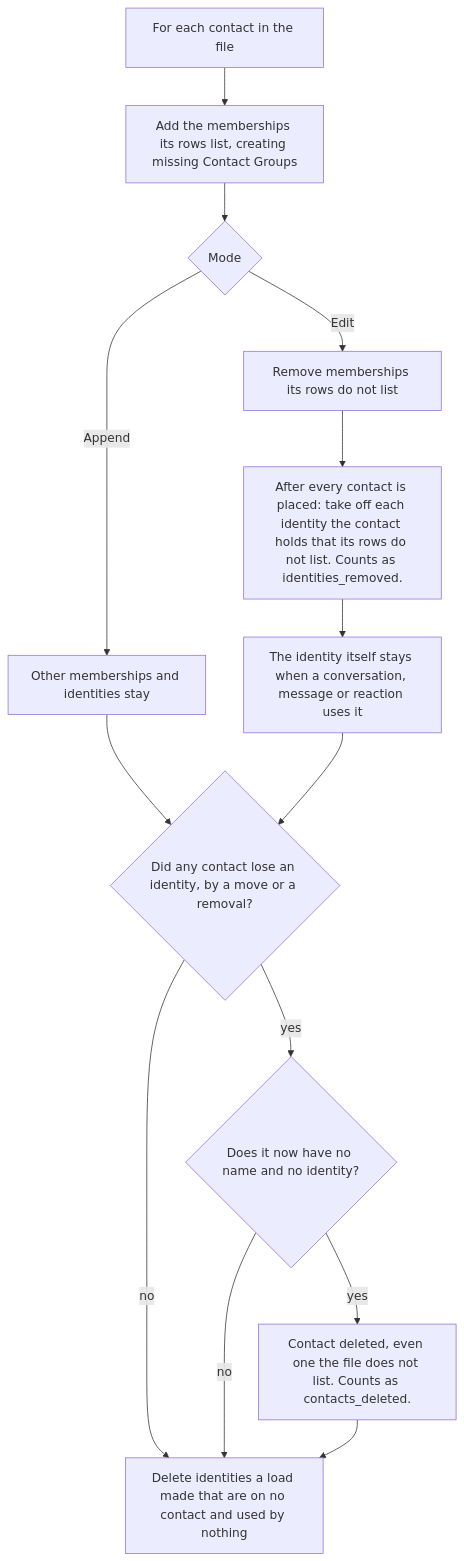
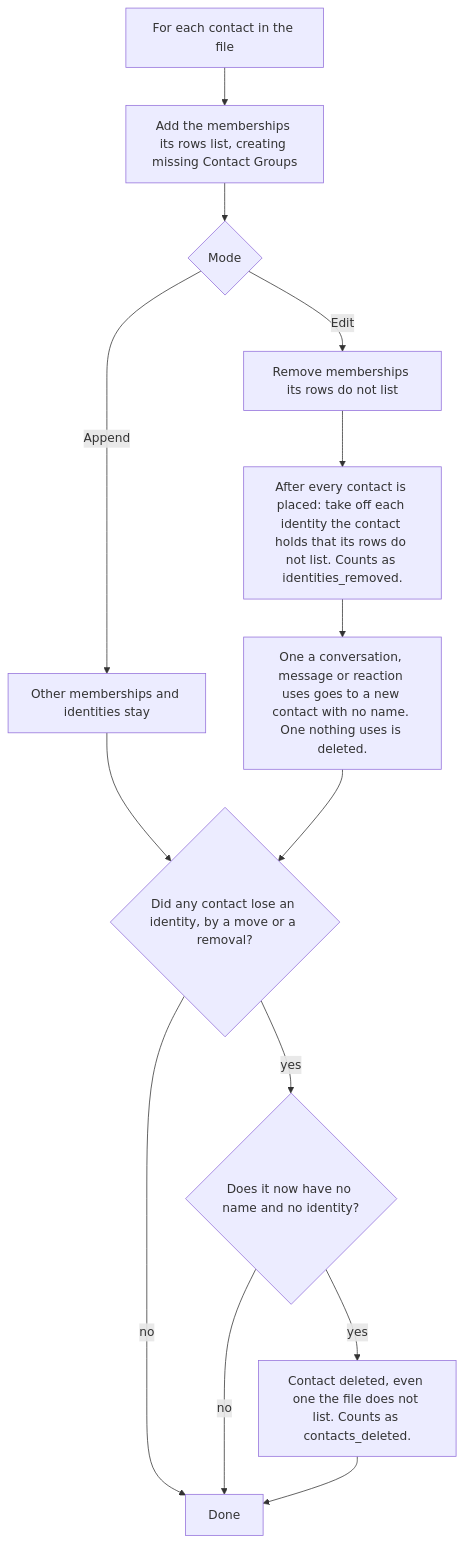
Before and after one commit to bitrealm-io/message-vault: the eighth of 8 diagrams in docs/architecture/how-contacts-are-made-and-changed.md, drawn with Mermaid. The commit also changed other lines of this file and 33 other files, not shown here.

````diff
--- a/docs/architecture/how-contacts-are-made-and-changed.md
+++ b/docs/architecture/how-contacts-are-made-and-changed.md
@@ -287,16 +306,16 @@
 ```mermaid
 flowchart TD
   A["For each contact in the file"] --> B["Add the memberships its rows list, creating missing Contact Groups"]
   B --> M{"Mode"}
   M -- Append --> Z["Other memberships and identities stay"]
   M -- Edit --> C["Remove memberships its rows do not list"]
   C --> D["After every contact is placed: take off each identity the contact holds that its rows do not list. Counts as identities_removed."]
-  D --> D1["The identity itself stays when a conversation, message or reaction uses it"]
+  D --> D1["One a conversation, message or reaction uses goes to a new contact with no name. One nothing uses is deleted."]
   Z --> E
   D1 --> E{"Did any contact lose an identity, by a move or a removal?"}
   E -- no --> G
   E -- yes --> F{"Does it now have no name and no identity?"}
   F -- yes --> F1["Contact deleted, even one the file does not list. Counts as contacts_deleted."]
   F -- no --> G
-  F1 --> G["Delete identities a load made that are on no contact and used by nothing"]
+  F1 --> G["Done"]
 ```
````
